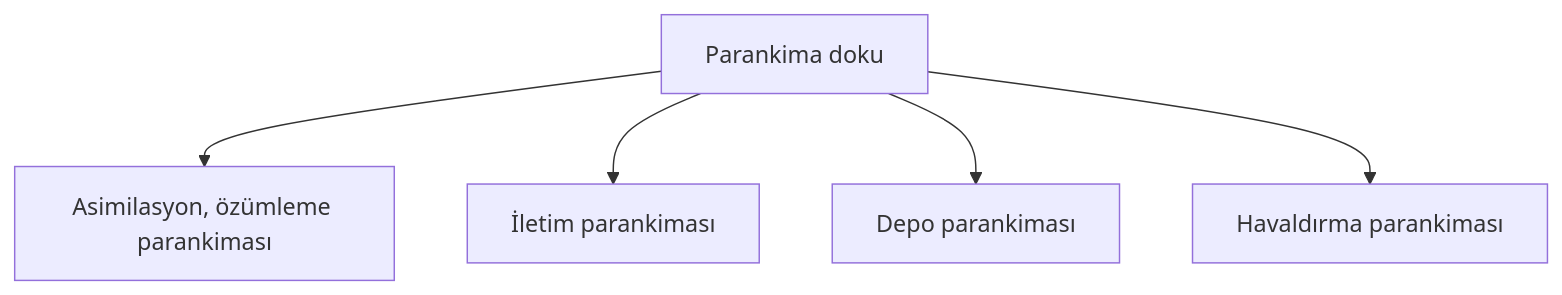
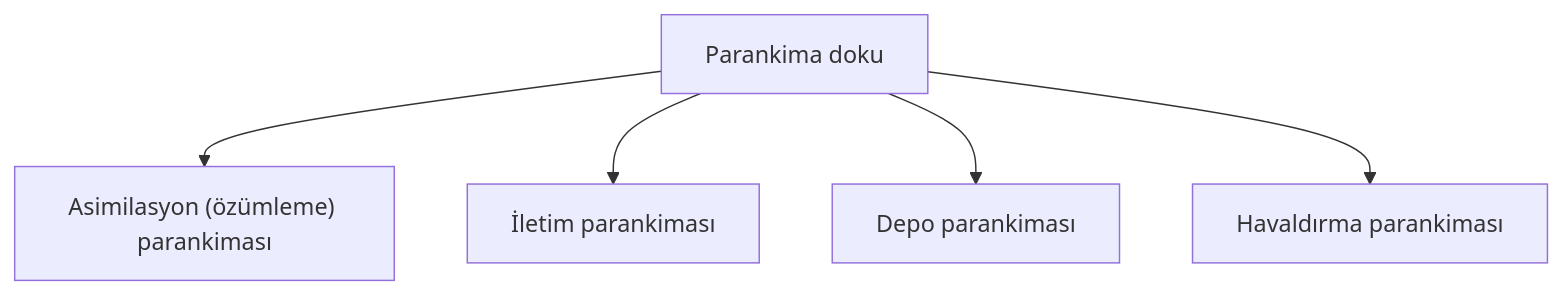
One commit to metwse/evrensel changed the seventh of 8 diagrams in ayt/biyoloji/bitki-biyolojisi/bitki-biyolojisi.md. Above: the diagram before and after it, drawn with Mermaid. The commit also changed other lines of this file and 12 other files, not shown here.

````diff
--- a/ayt/biyoloji/bitki-biyolojisi/bitki-biyolojisi.md
+++ b/ayt/biyoloji/bitki-biyolojisi/bitki-biyolojisi.md
@@ -124,8 +124,8 @@
 ```mermaid
 flowchart TD
     t[Parankima doku]
-    t --> t-1[Asimilasyon, özümleme parankiması]
+    t --> t-1["Asimilasyon (özümleme) parankiması"]
     t --> t-2[İletim parankiması]
     t --> t-3[Depo parankiması]
     t --> t-4[Havaldırma parankiması]
 ```
````
